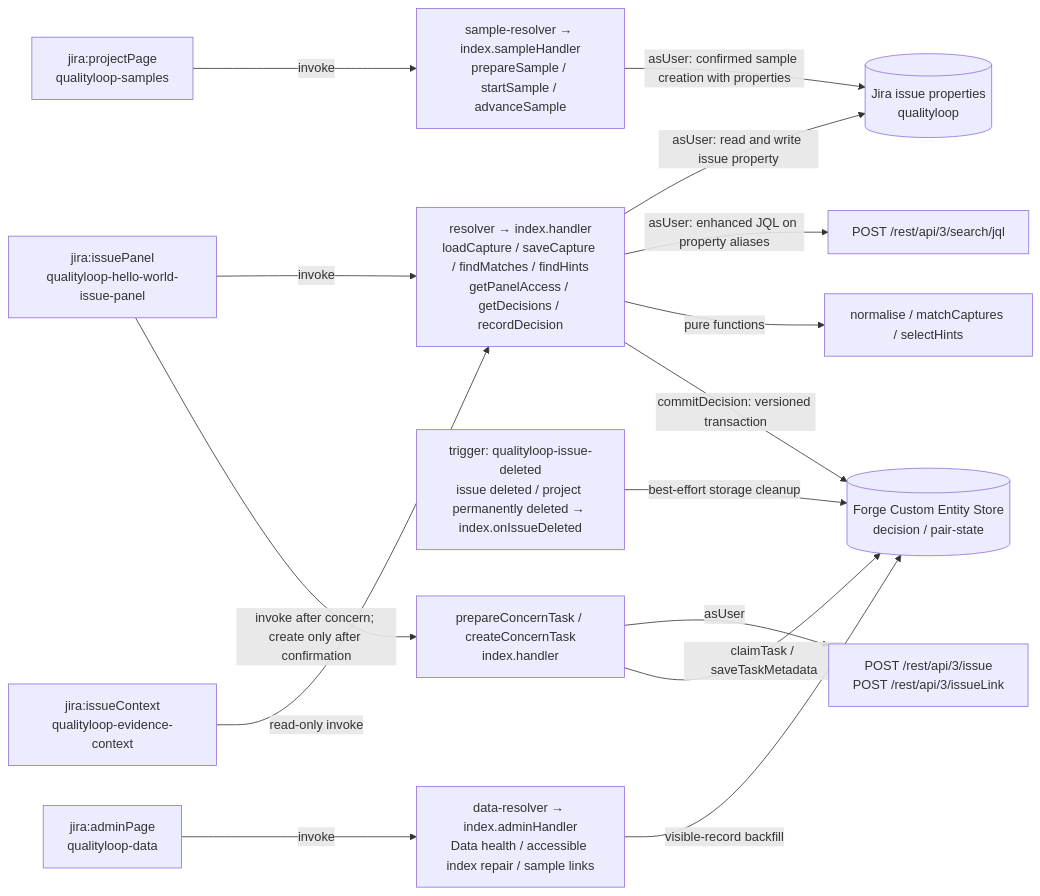
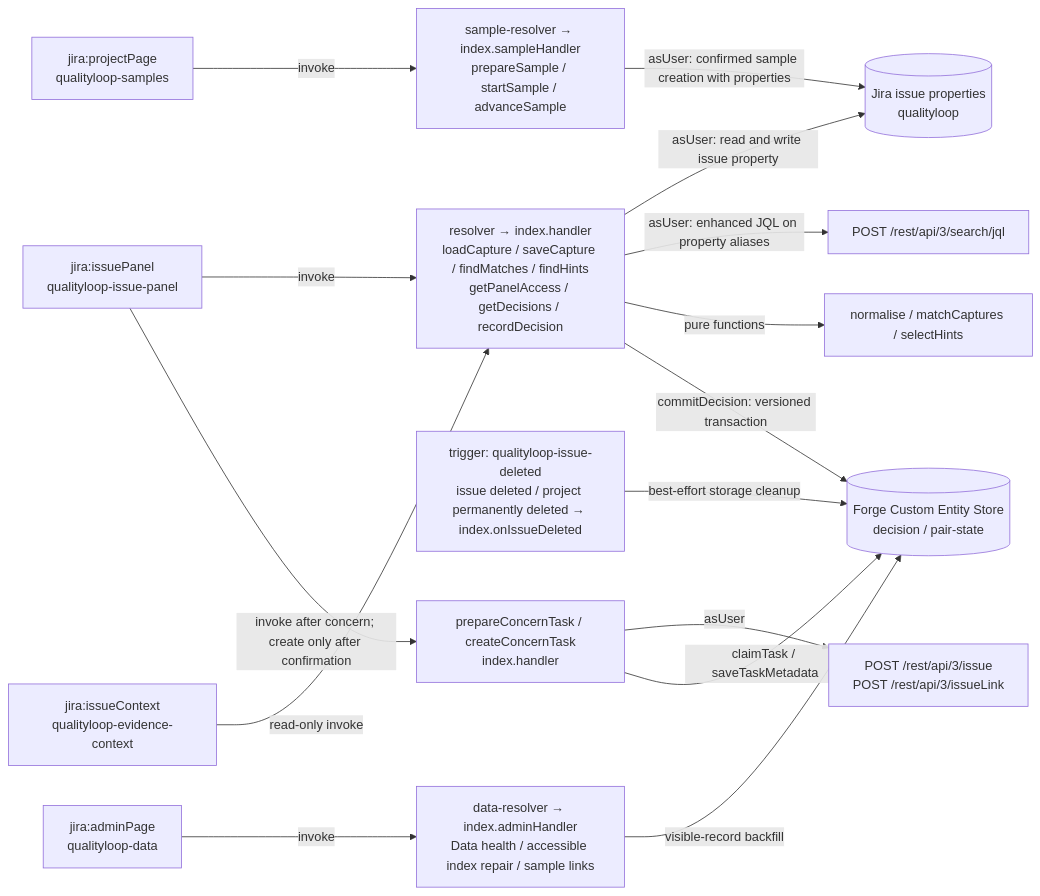
One commit to dhruvinhet/Quality-Loop changed the diagram in README.md. Above: the diagram before and after it, drawn with Mermaid. The commit also changed other lines of this file and 18 other files, not shown here.

Commit message:
T28: brand the issue panel and strengthen repository lint

````diff
--- a/README.md
+++ b/README.md
@@ -43,17 +55,17 @@
 ```mermaid
 flowchart LR
-  P["jira:issuePanel<br/>qualityloop-hello-world-issue-panel"] -->|invoke| R["resolver → index.handler<br/>loadCapture / saveCapture / findMatches / findHints<br/>getPanelAccess / getDecisions / recordDecision"]
+  P["jira:issuePanel<br/>qualityloop-issue-panel"] -->|invoke| R["resolver → index.handler<br/>loadCapture / saveCapture / findMatches / findHints<br/>getPanelAccess / getDecisions / recordDecision"]
   C["jira:issueContext<br/>qualityloop-evidence-context"] -->|read-only invoke| R
   R -->|asUser: read and write issue property| J[(Jira issue properties<br/>qualityloop)]
   R -->|asUser: enhanced JQL on property aliases| S["POST /rest/api/3/search/jql"]
   R -->|pure functions| L["normalise / matchCaptures / selectHints"]
   R -->|commitDecision: versioned transaction| K[("Forge Custom Entity Store<br/>decision / pair-state")]
   P -->|invoke after concern; create only after confirmation| T["prepareConcernTask / createConcernTask<br/>index.handler"]
   T -->|asUser| F["POST /rest/api/3/issue<br/>POST /rest/api/3/issueLink"]
   T -->|claimTask / saveTaskMetadata| K
   D["trigger: qualityloop-issue-deleted<br/>issue deleted / project permanently deleted → index.onIssueDeleted"] -->|best-effort storage cleanup| K
   A["jira:projectPage<br/>qualityloop-samples"] -->|invoke| B["sample-resolver → index.sampleHandler<br/>prepareSample / startSample / advanceSample"]
   B -->|asUser: confirmed sample creation with properties| J
   AP["jira:adminPage<br/>qualityloop-data"] -->|invoke| AR["data-resolver → index.adminHandler<br/>Data health / accessible index repair / sample links"]
   AR -->|visible-record backfill| K
 ```
````
